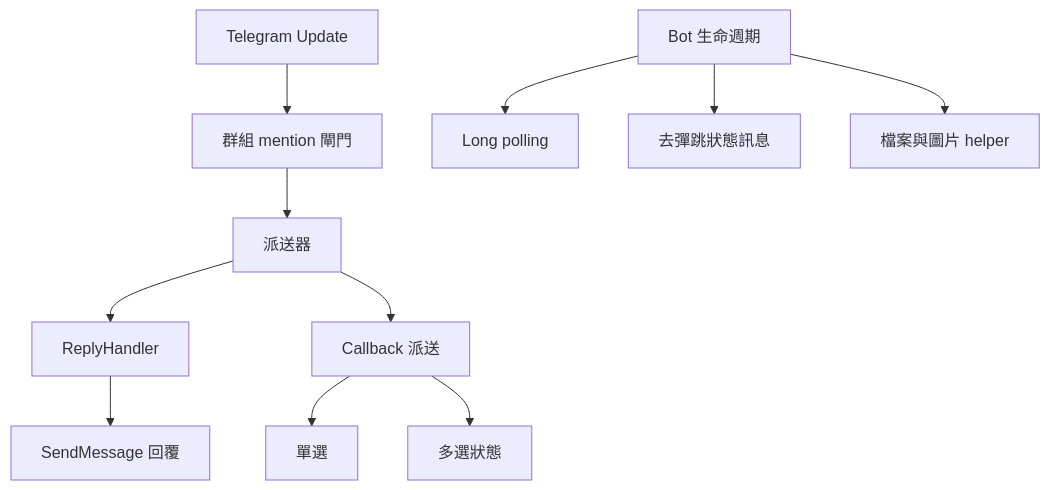
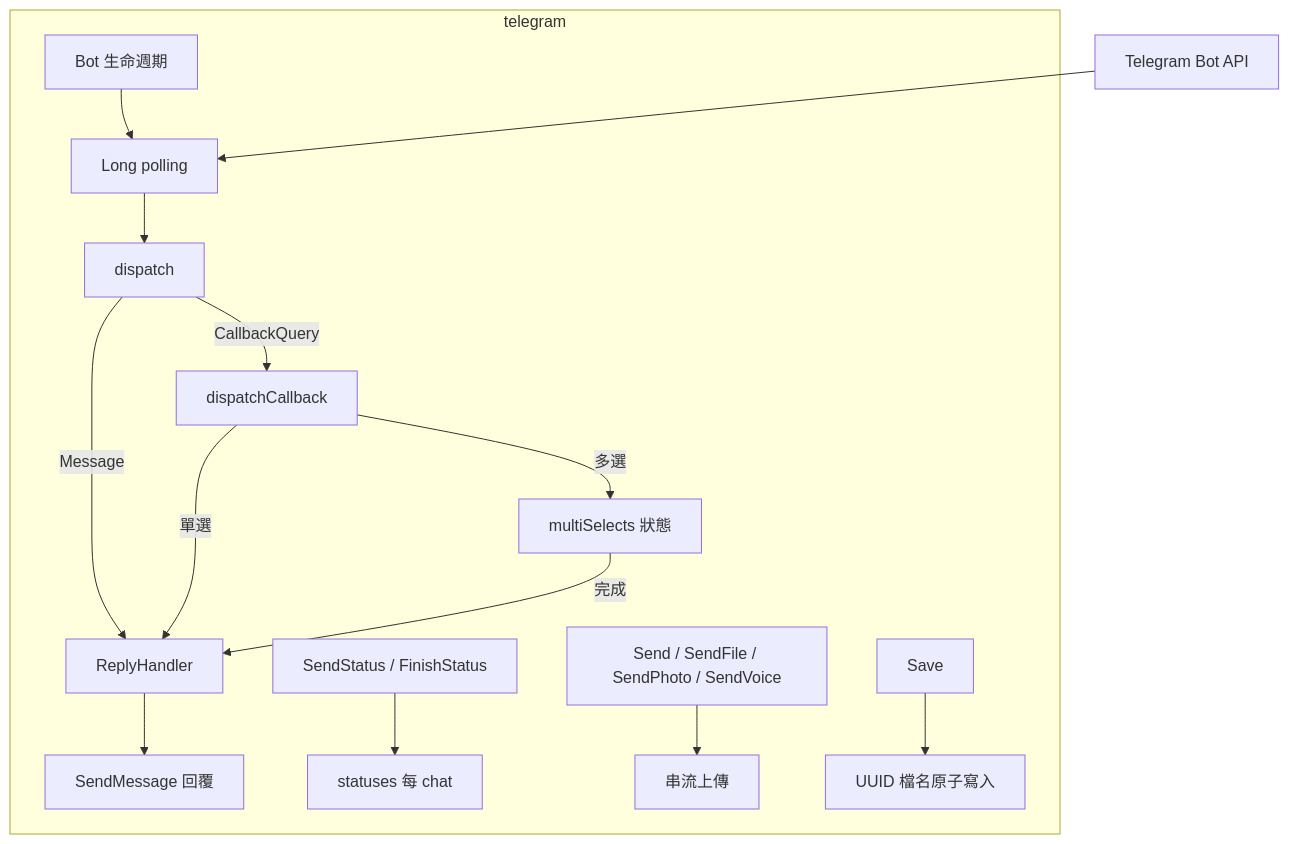
The second of 7 diagrams in doc/architecture.zh.md (pardnchiu/go-bot), drawn with Mermaid before and after one commit. The commit also changed other lines of this file and 5 other files, not shown here.

````diff
--- a/doc/architecture.zh.md
+++ b/doc/architecture.zh.md
@@ -29,13 +31,17 @@
 ```mermaid
 graph TB
-    Update[Telegram Update] --> Gate[群組 mention 閘門]
-    Gate --> Dispatch[派送器]
-    Dispatch --> Handler[ReplyHandler]
-    Handler --> Reply[SendMessage 回覆]
-    Dispatch --> Callback[Callback 派送]
-    Callback --> Single[單選]
-    Callback --> Multi[多選狀態]
-    Bot[Bot 生命週期] --> Poll[Long polling]
-    Bot --> Status[去彈跳狀態訊息]
-    Bot --> Media[檔案與圖片 helper]
+    subgraph telegram
+        Bot[Bot 生命週期] --> Poll[Long polling]
+        Poll --> Dispatch[dispatch]
+        Dispatch -->|Message| Handler[ReplyHandler]
+        Dispatch -->|CallbackQuery| Callback[dispatchCallback]
+        Callback -->|單選| Handler
+        Callback -->|多選| Multi[multiSelects 狀態]
+        Multi -->|完成| Handler
+        Handler --> Reply[SendMessage 回覆]
+        Status[SendStatus / FinishStatus] --> Statuses[statuses 每 chat]
+        Media[Send / SendFile / SendPhoto / SendVoice] --> Upload[串流上傳]
+        Save[Save] --> Disk[UUID 檔名原子寫入]
+    end
+    API[Telegram Bot API] --> Poll
 ```
````
